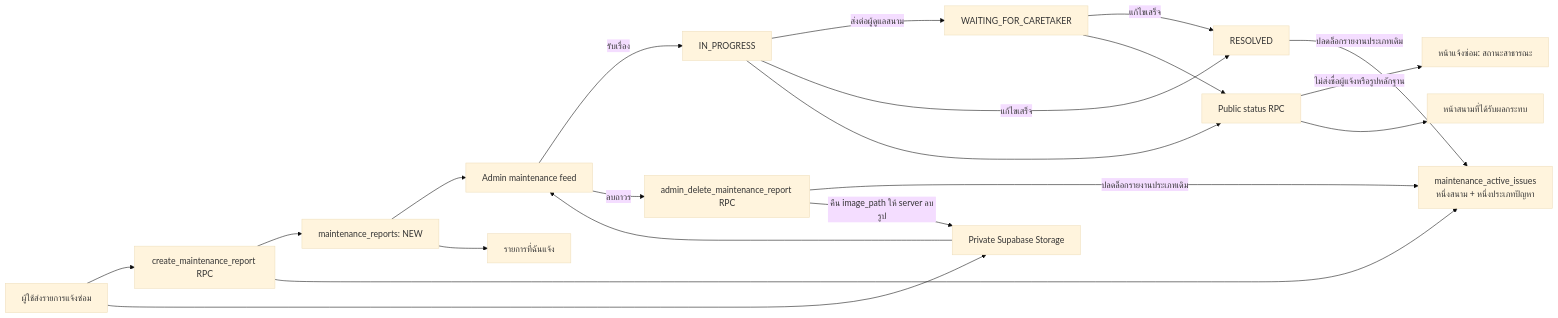
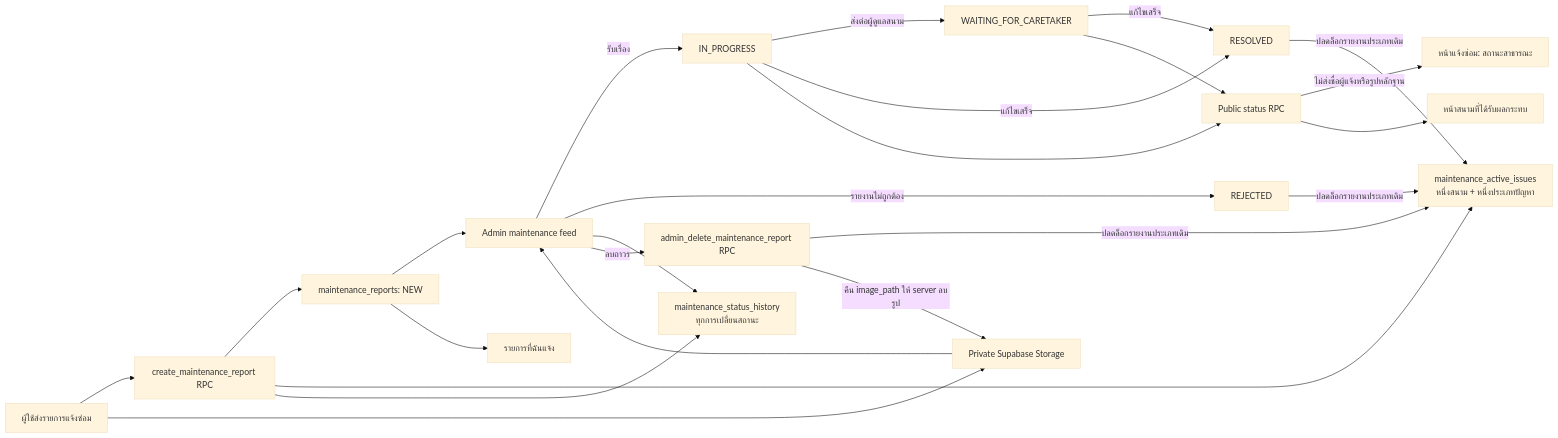
Before and after one commit to Nokpednam/MeQ-web-app: the diagram in docs/diagrams/maintenance-status-flow.md, drawn with Mermaid (base theme). The commit also changed other lines of this file and 15 other files, not shown here.

First line of the commit message:
feat: add rejected status and maintenance status history

````diff
--- a/docs/diagrams/maintenance-status-flow.md
+++ b/docs/diagrams/maintenance-status-flow.md
@@ -3,22 +3,26 @@
 ```mermaid
 flowchart LR
     U["ผู้ใช้ส่งรายการแจ้งซ่อม"] --> T["create_maintenance_report RPC"]
     T --> R["maintenance_reports: NEW"]
     T --> D["maintenance_active_issues<br/>หนึ่งสนาม + หนึ่งประเภทปัญหา"]
     U --> S["Private Supabase Storage"]
     R --> A["Admin maintenance feed"]
     S --> A
     A -->|"รับเรื่อง"| I["IN_PROGRESS"]
     I -->|"ส่งต่อผู้ดูแลสนาม"| W["WAITING_FOR_CARETAKER"]
     I -->|"แก้ไขเสร็จ"| X["RESOLVED"]
     W -->|"แก้ไขเสร็จ"| X
+    A -->|"รายงานไม่ถูกต้อง"| J["REJECTED"]
     X -->|"ปลดล็อกรายงานประเภทเดิม"| D
+    J -->|"ปลดล็อกรายงานประเภทเดิม"| D
+    T --> H["maintenance_status_history<br/>ทุกการเปลี่ยนสถานะ"]
+    A --> H
     I --> P["Public status RPC"]
     W --> P
     P -->|"ไม่ส่งชื่อผู้แจ้งหรือรูปหลักฐาน"| M["หน้าแจ้งซ่อม: สถานะสาธารณะ"]
     P --> C["หน้าสนามที่ได้รับผลกระทบ"]
     R --> O["รายการที่ฉันแจ้ง"]
     A -->|"ลบถาวร"| DEL["admin_delete_maintenance_report RPC"]
     DEL -->|"ปลดล็อกรายงานประเภทเดิม"| D
     DEL -->|"คืน image_path ให้ server ลบรูป"| S
 ```
````
